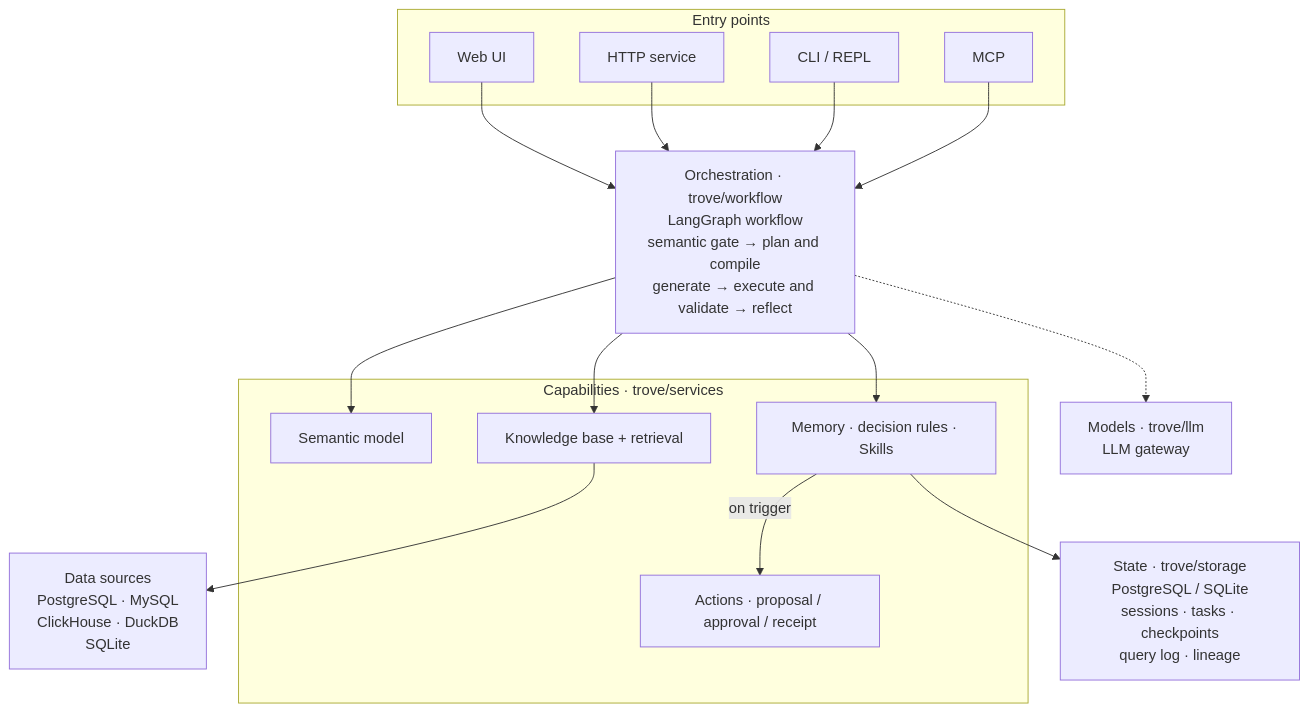
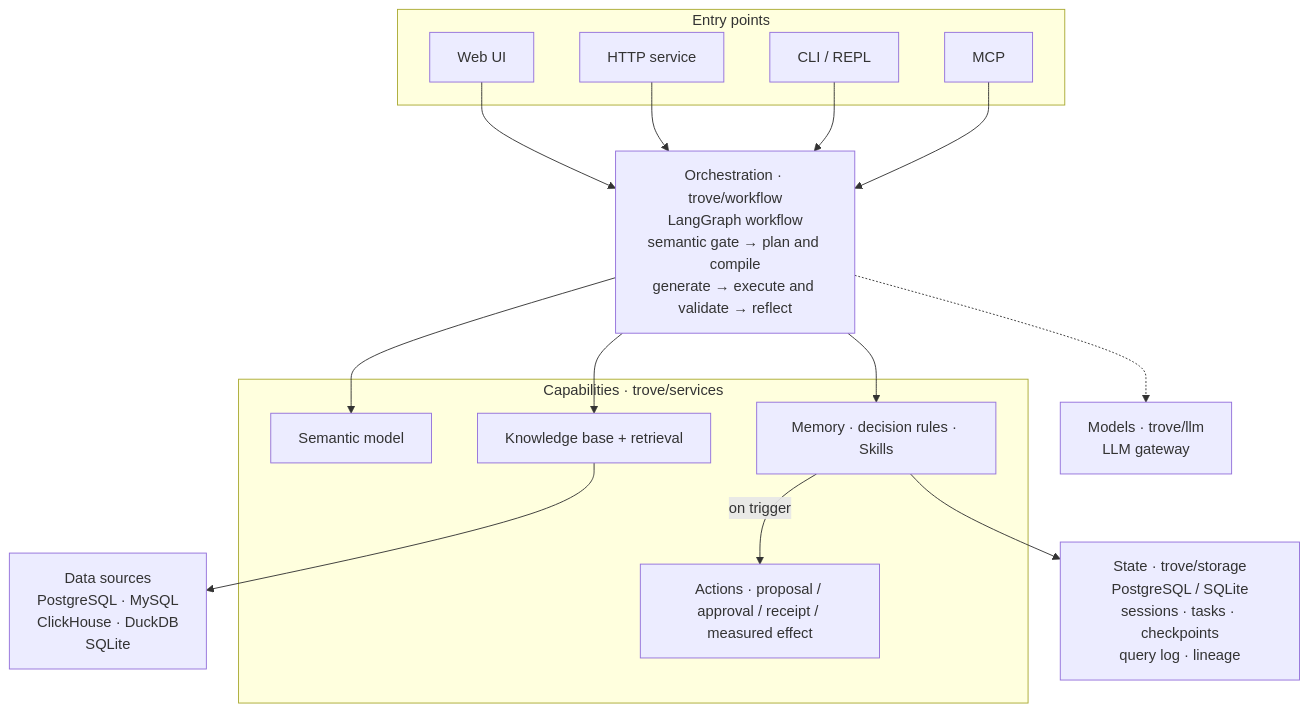
The first of 3 diagrams in README.en.md (Nivane/trove), drawn with Mermaid before and after one commit. The commit also changed other lines of this file and 21 other files, not shown here.

````diff
--- a/README.en.md
+++ b/README.en.md
@@ -43,34 +45,34 @@
 ```mermaid
 flowchart TB
     subgraph entry["Entry points"]
         UI["Web UI"]
         SRV["HTTP service"]
         CLI["CLI / REPL"]
         MCP["MCP"]
     end
 
     WF["Orchestration · trove/workflow<br/>LangGraph workflow<br/>semantic gate → plan and compile<br/>generate → execute and validate → reflect"]
 
     subgraph caps["Capabilities · trove/services"]
         SEM["Semantic model"]
         KB["Knowledge base + retrieval"]
         MEM["Memory · decision rules · Skills"]
-        ACT["Actions · proposal / approval / receipt"]
+        ACT["Actions · proposal / approval / receipt / measured effect"]
     end
 
     LLM["Models · trove/llm<br/>LLM gateway"]
     DS["Data sources<br/>PostgreSQL · MySQL<br/>ClickHouse · DuckDB<br/>SQLite"]
     STATE["State · trove/storage<br/>PostgreSQL / SQLite<br/>sessions · tasks · checkpoints<br/>query log · lineage"]
 
     UI --> WF
     SRV --> WF
     CLI --> WF
     MCP --> WF
     WF --> SEM
     WF --> KB
     WF --> MEM
     MEM -->|"on trigger"| ACT
     WF -.-> LLM
     KB --> DS
     MEM --> STATE
 ```
````
